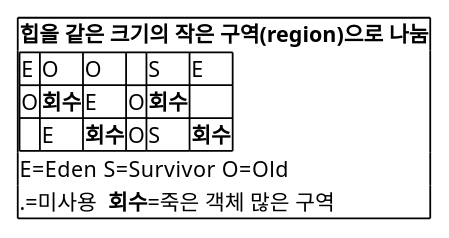
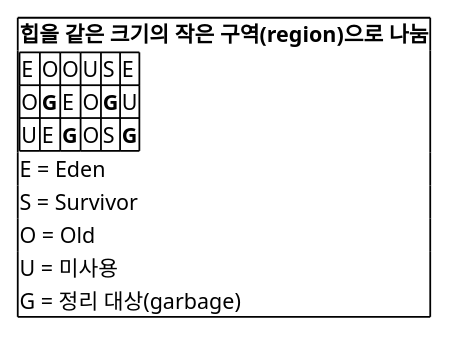
One commit to johnycho/johny-dev changed the fifth of 10 diagrams in blog/2026-08-18-java-gc-types.mdx. Above: the diagram before and after it, drawn with PlantUML. The commit also changed other lines of this file and 42 other files, not shown here.

First line of the commit message:
post: MySQL GET_LOCK 분산 락 글 + java-gc 다이어그램·표현 정비, 지양어 다수

````diff
--- a/blog/2026-08-18-java-gc-types.mdx
+++ b/blog/2026-08-18-java-gc-types.mdx
@@ -209,16 +209,19 @@
 ```plantuml
 @startsalt
 {
   {+
     <b>힙을 같은 크기의 작은 구역(region)으로 나눔</b>
     {#
-      E | O | O | . | S | E
-      O | <b>회수</b> | E | O | <b>회수</b> | .
-      . | E | <b>회수</b> | O | S | <b>회수</b>
+      E | O | O | U | S | E
+      O | <b>G</b> | E | O | <b>G</b> | U
+      U | E | <b>G</b> | O | S | <b>G</b>
     }
-    E=Eden  S=Survivor  O=Old
-    .=미사용  <b>회수</b>=죽은 객체 많은 구역
+    E = Eden
+    S = Survivor
+    O = Old
+    U = 미사용
+    G = 정리 대상(garbage)
   }
 }
 @endsalt
 ```
````
